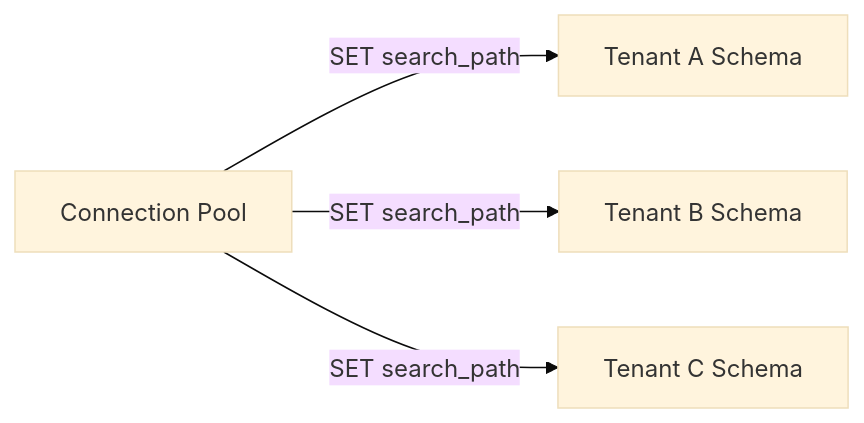
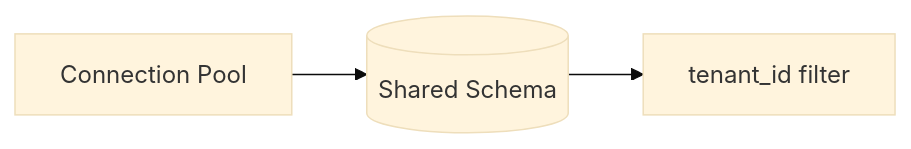
Before and after one commit to iota-uz/iota-sdk: the tenth of 10 diagrams in docs/content/architecture/multi-tenancy.mdx, drawn with Mermaid (base theme). The commit also changed other lines of this file and 26 other files, not shown here.

````diff
--- a/docs/content/architecture/multi-tenancy.mdx
+++ b/docs/content/architecture/multi-tenancy.mdx
@@ -254,6 +254,5 @@
 ```mermaid
 graph LR
-    A[Connection Pool] -->|SET search_path| B[Tenant A Schema]
-    A -->|SET search_path| C[Tenant B Schema]
-    A -->|SET search_path| D[Tenant C Schema]
+    A[Connection Pool] --> B[(Shared Schema)]
+    B --> C[tenant_id filter]
 ```
````
